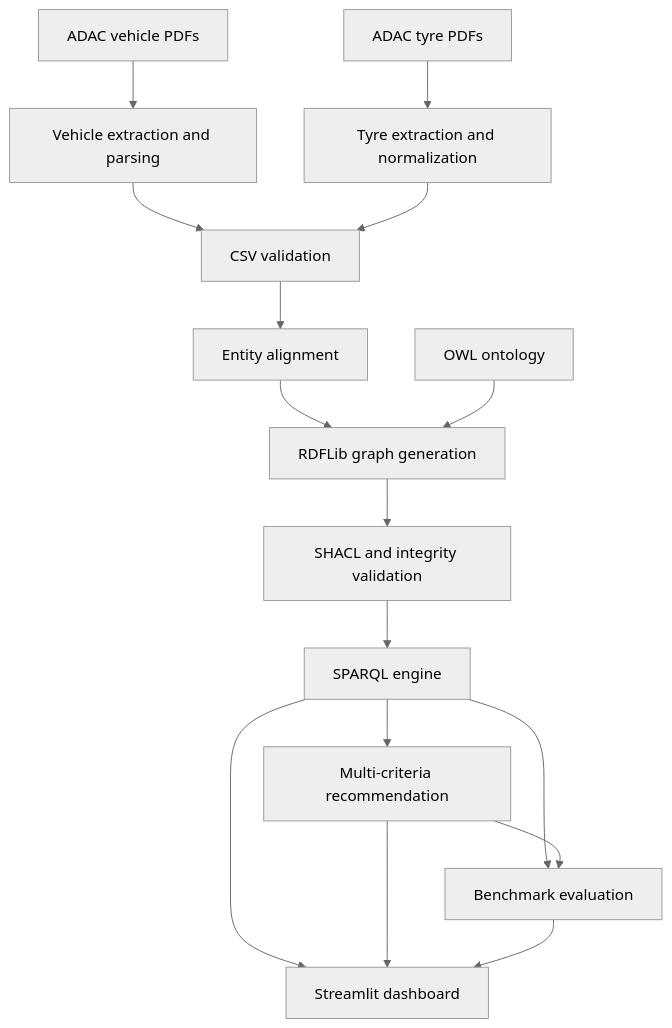
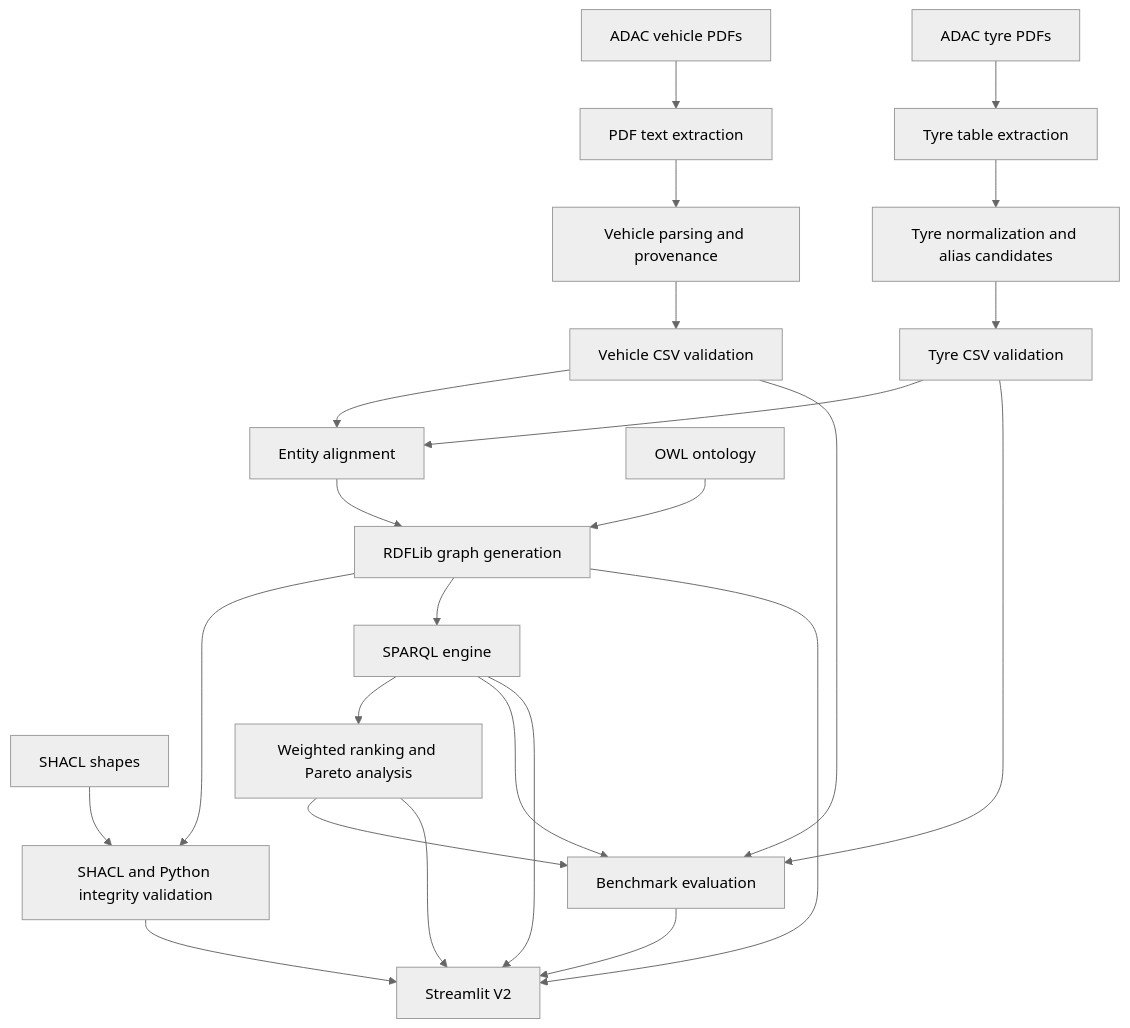
The first of 2 diagrams in README.md (Riddhadipta/AutoEcoKG), drawn with Mermaid (neutral theme) before and after one commit. The commit also changed other lines of this file, not shown here.

````diff
--- a/README.md
+++ b/README.md
@@ -43,18 +149,26 @@
 ```mermaid
 flowchart TD
-    A[ADAC vehicle PDFs] --> B[Vehicle extraction and parsing]
-    C[ADAC tyre PDFs] --> D[Tyre extraction and normalization]
-    B --> E[CSV validation]
-    D --> E
-    E --> F[Entity alignment]
-    F --> G[RDFLib graph generation]
-    O[OWL ontology] --> G
-    G --> H[SHACL and integrity validation]
-    H --> I[SPARQL engine]
-    I --> J[Multi-criteria recommendation]
-    I --> K[Streamlit dashboard]
-    J --> K
-    I --> L[Benchmark evaluation]
-    J --> L
-    L --> K
+    A[ADAC vehicle PDFs] --> B[PDF text extraction]
+    B --> C[Vehicle parsing and provenance]
+    D[ADAC tyre PDFs] --> E[Tyre table extraction]
+    E --> F[Tyre normalization and alias candidates]
+    C --> G[Vehicle CSV validation]
+    F --> H[Tyre CSV validation]
+    G --> I[Entity alignment]
+    H --> I
+    I --> J[RDFLib graph generation]
+    O[OWL ontology] --> J
+    J --> K[SHACL and Python integrity validation]
+    S[SHACL shapes] --> K
+    J --> L[SPARQL engine]
+    L --> M[Weighted ranking and Pareto analysis]
+    L --> N[Benchmark evaluation]
+    M --> N
+    G --> N
+    H --> N
+    L --> U[Streamlit V2]
+    M --> U
+    J --> U
+    K --> U
+    N --> U
 ```
````
